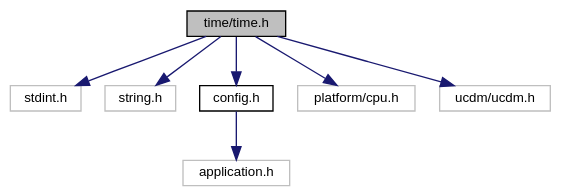
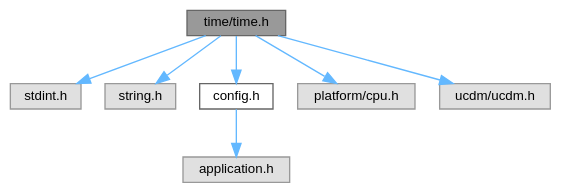
The diagram in time_8h__incl.dot (ebs-universe/piolib-time), drawn with Graphviz before and after one commit. The commit also changed 516 other files, not shown here.

```diff
--- a/time_8h__incl.dot
+++ b/time_8h__incl.dot
@@ -1,21 +1,21 @@
 digraph "time/time.h"
 {
  // INTERACTIVE_SVG=YES
  // LATEX_PDF_SIZE
   bgcolor="transparent";
-  edge [fontname="Helvetica",fontsize="10",labelfontname="Helvetica",labelfontsize="10"];
-  node [fontname="Helvetica",fontsize="10",shape=record];
-  Node1 [label="time/time.h",height=0.2,width=0.4,color="black", fillcolor="grey75", style="filled", fontcolor="black",tooltip="Time related functions for embebedded systems."];
-  Node1 -> Node2 [color="midnightblue",fontsize="10",style="solid",fontname="Helvetica"];
-  Node2 [label="stdint.h",height=0.2,width=0.4,color="grey75",tooltip=" "];
-  Node1 -> Node3 [color="midnightblue",fontsize="10",style="solid",fontname="Helvetica"];
-  Node3 [label="string.h",height=0.2,width=0.4,color="grey75",tooltip=" "];
-  Node1 -> Node4 [color="midnightblue",fontsize="10",style="solid",fontname="Helvetica"];
-  Node4 [label="config.h",height=0.2,width=0.4,color="black",URL="$config_8h_source.html",tooltip=" "];
-  Node4 -> Node5 [color="midnightblue",fontsize="10",style="solid",fontname="Helvetica"];
-  Node5 [label="application.h",height=0.2,width=0.4,color="grey75",tooltip=" "];
-  Node1 -> Node6 [color="midnightblue",fontsize="10",style="solid",fontname="Helvetica"];
-  Node6 [label="platform/cpu.h",height=0.2,width=0.4,color="grey75",tooltip=" "];
-  Node1 -> Node7 [color="midnightblue",fontsize="10",style="solid",fontname="Helvetica"];
-  Node7 [label="ucdm/ucdm.h",height=0.2,width=0.4,color="grey75",tooltip=" "];
+  edge [fontname=Helvetica,fontsize=10,labelfontname=Helvetica,labelfontsize=10];
+  node [fontname=Helvetica,fontsize=10,shape=box,height=0.2,width=0.4];
+  Node1 [id="Node000001",label="time/time.h",height=0.2,width=0.4,color="gray40", fillcolor="grey60", style="filled", fontcolor="black",tooltip="Time related functions for embebedded systems."];
+  Node1 -> Node2 [id="edge1_Node000001_Node000002",color="steelblue1",style="solid",tooltip=" "];
+  Node2 [id="Node000002",label="stdint.h",height=0.2,width=0.4,color="grey60", fillcolor="#E0E0E0", style="filled",tooltip=" "];
+  Node1 -> Node3 [id="edge2_Node000001_Node000003",color="steelblue1",style="solid",tooltip=" "];
+  Node3 [id="Node000003",label="string.h",height=0.2,width=0.4,color="grey60", fillcolor="#E0E0E0", style="filled",tooltip=" "];
+  Node1 -> Node4 [id="edge3_Node000001_Node000004",color="steelblue1",style="solid",tooltip=" "];
+  Node4 [id="Node000004",label="config.h",height=0.2,width=0.4,color="grey40", fillcolor="white", style="filled",URL="$config_8h.html",tooltip=" "];
+  Node4 -> Node5 [id="edge4_Node000004_Node000005",color="steelblue1",style="solid",tooltip=" "];
+  Node5 [id="Node000005",label="application.h",height=0.2,width=0.4,color="grey60", fillcolor="#E0E0E0", style="filled",tooltip=" "];
+  Node1 -> Node6 [id="edge5_Node000001_Node000006",color="steelblue1",style="solid",tooltip=" "];
+  Node6 [id="Node000006",label="platform/cpu.h",height=0.2,width=0.4,color="grey60", fillcolor="#E0E0E0", style="filled",tooltip=" "];
+  Node1 -> Node7 [id="edge6_Node000001_Node000007",color="steelblue1",style="solid",tooltip=" "];
+  Node7 [id="Node000007",label="ucdm/ucdm.h",height=0.2,width=0.4,color="grey60", fillcolor="#E0E0E0", style="filled",tooltip=" "];
 }
```
